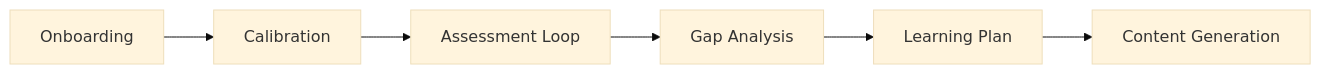
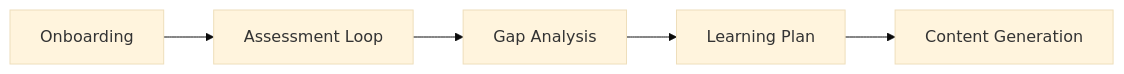
Before and after one commit to onegunsamurai/OpenLearning: the second of 2 diagrams in docs/architecture/overview.md, drawn with Mermaid (base theme). The commit also changed other lines of this file and 47 other files, not shown here.

First line of the commit message:
feat: remove calibration phase from assessment pipeline (#161)

````diff
--- a/docs/architecture/overview.md
+++ b/docs/architecture/overview.md
@@ -53,8 +53,7 @@
 ```mermaid
 graph LR
-    A[Onboarding] --> B[Calibration]
-    B --> C[Assessment Loop]
-    C --> D[Gap Analysis]
-    D --> E[Learning Plan]
-    E --> F[Content Generation]
+    A[Onboarding] --> B[Assessment Loop]
+    B --> C[Gap Analysis]
+    C --> D[Learning Plan]
+    D --> E[Content Generation]
 ```
````
